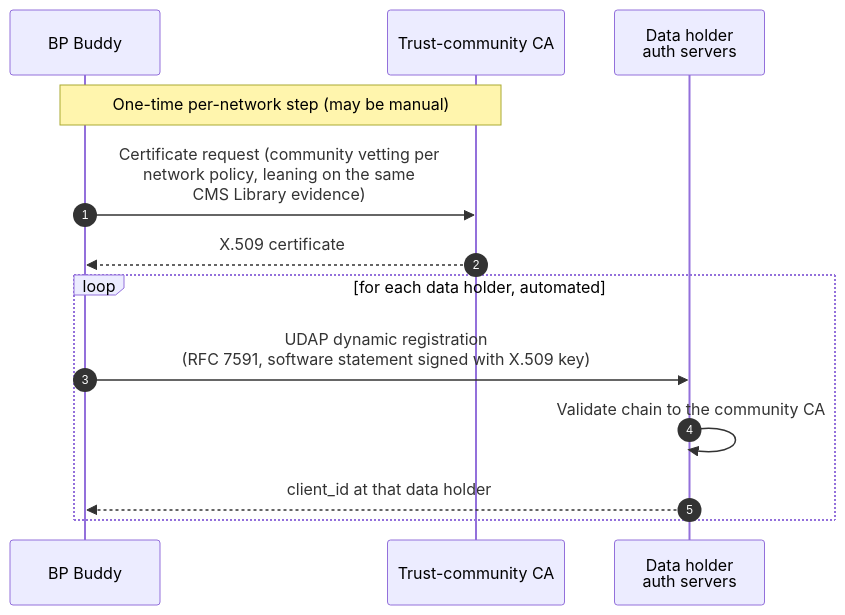
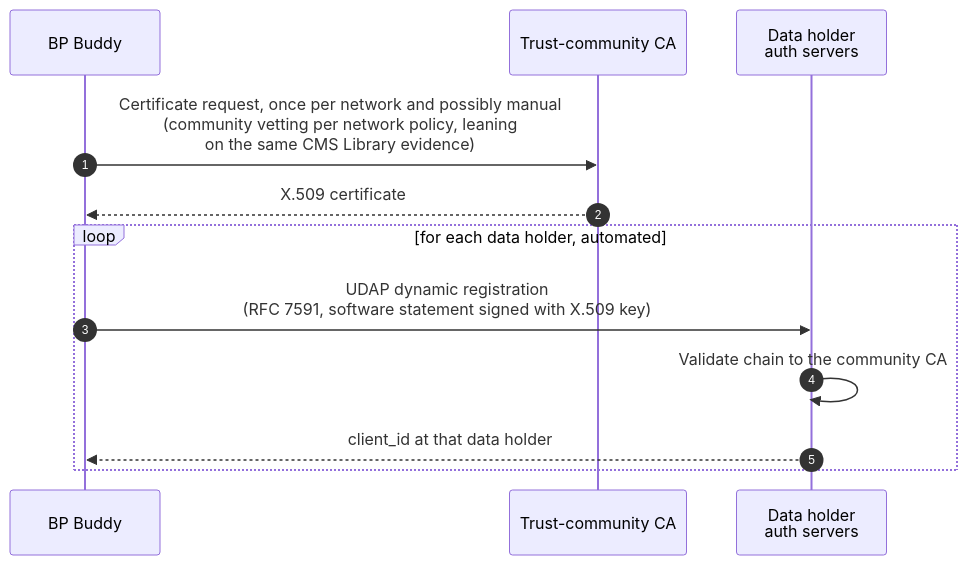
One commit to jmandel/cms-ns changed the third of 7 diagrams in authorizing-access.md. Above: the diagram before and after it, drawn with Mermaid. The commit also changed other lines of this file and 2 other files, not shown here.

````diff
--- a/authorizing-access.md
+++ b/authorizing-access.md
@@ -96,16 +96,15 @@
 ```mermaid
 sequenceDiagram
     autonumber
     participant App as BP Buddy
     participant CA as Trust-community CA
     participant DH as Data holder<br/>auth servers
 
-    Note over App,CA: One-time per-network step (may be manual)
-    App->>CA: Certificate request (community vetting per<br/>network policy, leaning on the same<br/>CMS Library evidence)
+    App->>CA: Certificate request, once per network and possibly manual<br/>(community vetting per network policy, leaning<br/>on the same CMS Library evidence)
     CA-->>App: X.509 certificate
     loop for each data holder, automated
         App->>DH: UDAP dynamic registration<br/>(RFC 7591, software statement signed with X.509 key)
         DH->>DH: Validate chain to the community CA
         DH-->>App: client_id at that data holder
     end
 ```
````
